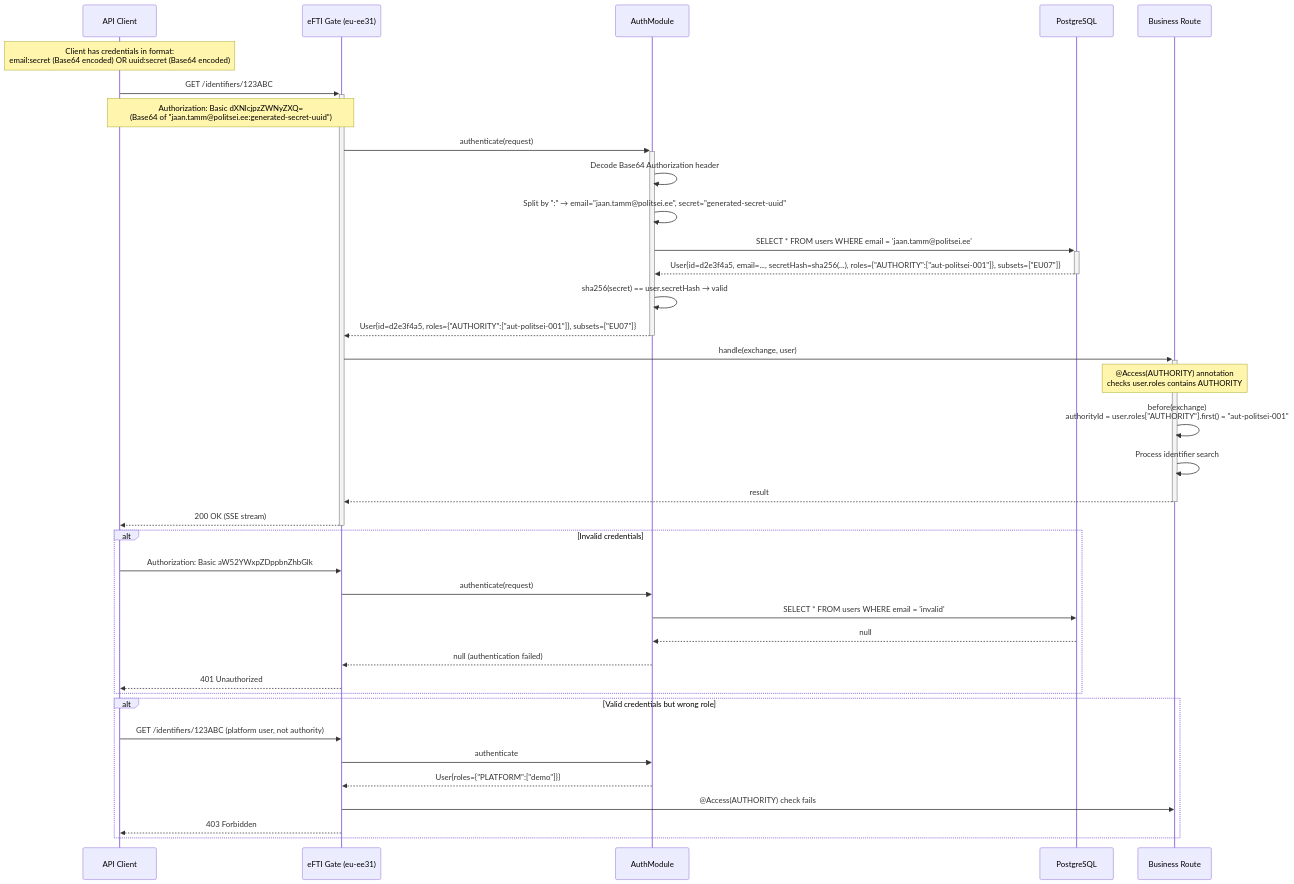
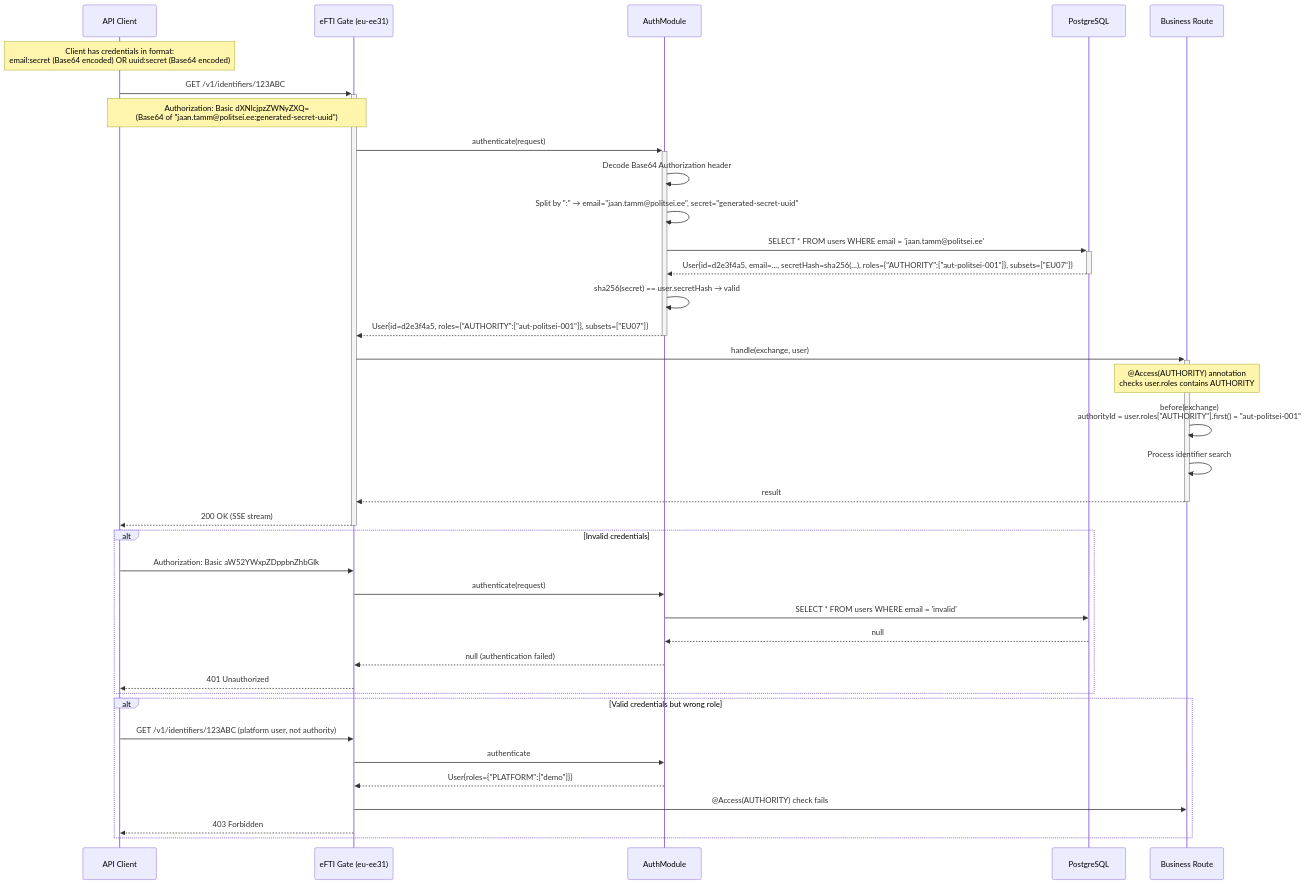
The diagram in docs/specs/diagrams/seq-12-user-authentication.mmd (kemit-ee/efti-gate-ee), drawn with Mermaid before and after one commit. The commit also changed 24 other files, not shown here.

```diff
--- a/docs/specs/diagrams/seq-12-user-authentication.mmd
+++ b/docs/specs/diagrams/seq-12-user-authentication.mmd
@@ -1,50 +1,50 @@
 sequenceDiagram
     participant Client as API Client
     participant Gate as eFTI Gate (eu-ee31)
     participant Auth as AuthModule
     participant DB as PostgreSQL
     participant Route as Business Route
 
     Note over Client: Client has credentials in format:<br/>email:secret (Base64 encoded) OR uuid:secret (Base64 encoded)
 
-    Client->>+Gate: GET /identifiers/123ABC
+    Client->>+Gate: GET /v1/identifiers/123ABC
     Note over Client,Gate: Authorization: Basic dXNlcjpzZWNyZXQ=<br/>(Base64 of "jaan.tamm@politsei.ee:generated-secret-uuid")
 
     Gate->>+Auth: authenticate(request)
 
     Auth->>Auth: Decode Base64 Authorization header
     Auth->>Auth: Split by ":" → email="jaan.tamm@politsei.ee", secret="generated-secret-uuid"
 
     Auth->>+DB: SELECT * FROM users WHERE email = 'jaan.tamm@politsei.ee'
     DB-->>-Auth: User{id=d2e3f4a5, email=..., secretHash=sha256(...), roles={"AUTHORITY":["aut-politsei-001"]}, subsets=["EU07"]}
 
     Auth->>Auth: sha256(secret) == user.secretHash → valid
 
     Auth-->>-Gate: User{id=d2e3f4a5, roles={"AUTHORITY":["aut-politsei-001"]}, subsets=["EU07"]}
 
     Gate->>+Route: handle(exchange, user)
     Note over Route: @Access(AUTHORITY) annotation<br/>checks user.roles contains AUTHORITY
 
     Route->>Route: before(exchange)<br/>authorityId = user.roles["AUTHORITY"].first() = "aut-politsei-001"
 
     Route->>Route: Process identifier search
     Route-->>-Gate: result
 
     Gate-->>-Client: 200 OK (SSE stream)
 
     alt Invalid credentials
         Client->>Gate: Authorization: Basic aW52YWxpZDppbnZhbGlk
         Gate->>Auth: authenticate(request)
         Auth->>DB: SELECT * FROM users WHERE email = 'invalid'
         DB-->>Auth: null
         Auth-->>Gate: null (authentication failed)
         Gate-->>Client: 401 Unauthorized
     end
 
     alt Valid credentials but wrong role
-        Client->>Gate: GET /identifiers/123ABC (platform user, not authority)
+        Client->>Gate: GET /v1/identifiers/123ABC (platform user, not authority)
         Gate->>Auth: authenticate
         Auth-->>Gate: User{roles={"PLATFORM":["demo"]}}
         Gate->>Route: @Access(AUTHORITY) check fails
         Gate-->>Client: 403 Forbidden
     end
```
